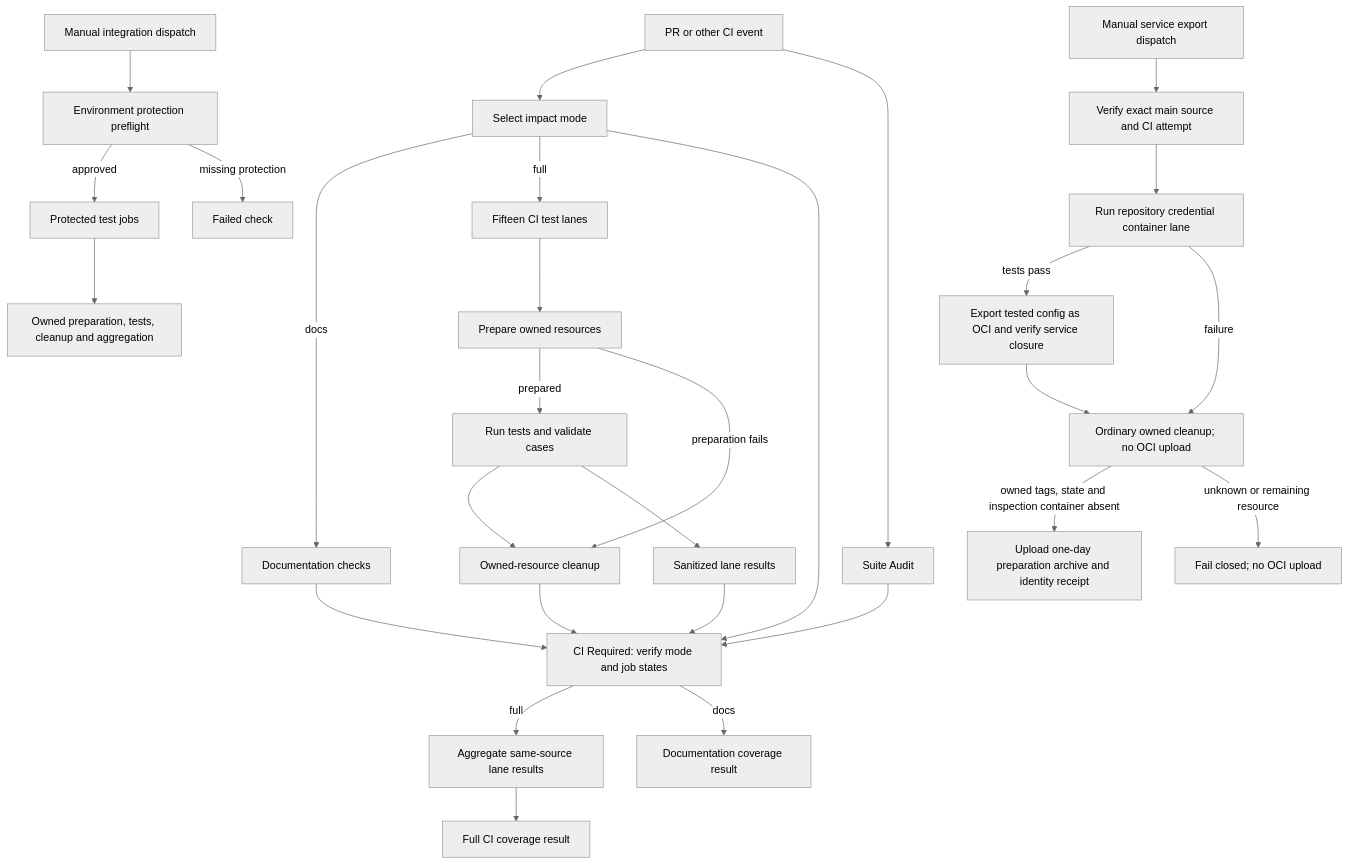
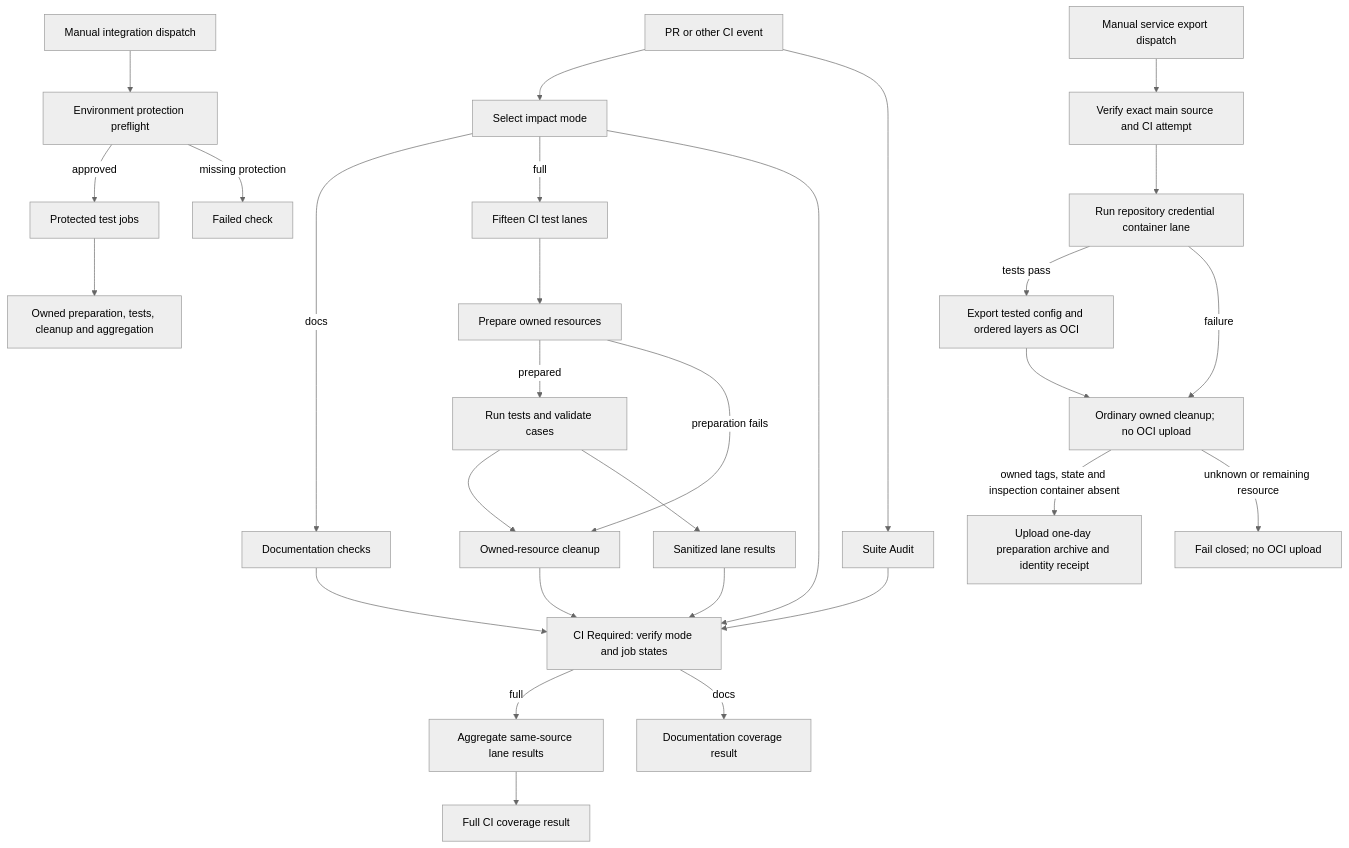
Before and after one commit to SebTardif/openclaw-enterprise: the diagram in docs/flows/github-actions-testing.md, drawn with Mermaid (neutral theme). The commit also changed other lines of this file and 3 other files, not shown here.

Commit message:
ci: bind service export archive layers

````diff
--- a/docs/flows/github-actions-testing.md
+++ b/docs/flows/github-actions-testing.md
@@ -21,31 +21,31 @@
 ```mermaid
 graph TD
   A["PR or other CI event"] --> S["Select impact mode"]
   A --> N["Suite Audit"]
   S -->|docs| D["Documentation checks"]
   S -->|full| B["Fifteen CI test lanes"]
   B --> F["Prepare owned resources"]
   F -->|prepared| H["Run tests and validate cases"]
   F -->|preparation fails| J["Owned-resource cleanup"]
   H --> J
   H --> K["Sanitized lane results"]
   J --> G["CI Required: verify mode and job states"]
   S --> G
   N --> G
   D --> G
   K --> G
   G -->|full| L["Aggregate same-source lane results"]
   G -->|docs| M["Documentation coverage result"]
   L --> R["Full CI coverage result"]
   C["Manual integration dispatch"] --> P["Environment protection preflight"]
   P -->|approved| E["Protected test jobs"]
   P -->|missing protection| X["Failed check"]
   E --> T["Owned preparation, tests, cleanup and aggregation"]
   Q["Manual service export dispatch"] --> V["Verify exact main source and CI attempt"]
   V --> W["Run repository credential container lane"]
-  W -->|tests pass| O["Export tested config as OCI and verify service closure"]
+  W -->|tests pass| O["Export tested config and ordered layers as OCI"]
   W -->|failure| U["Ordinary owned cleanup; no OCI upload"]
   O --> U
   U -->|owned tags, state and inspection container absent| Z["Upload one-day preparation archive and identity receipt"]
   U -->|unknown or remaining resource| Y["Fail closed; no OCI upload"]
 ```
````
